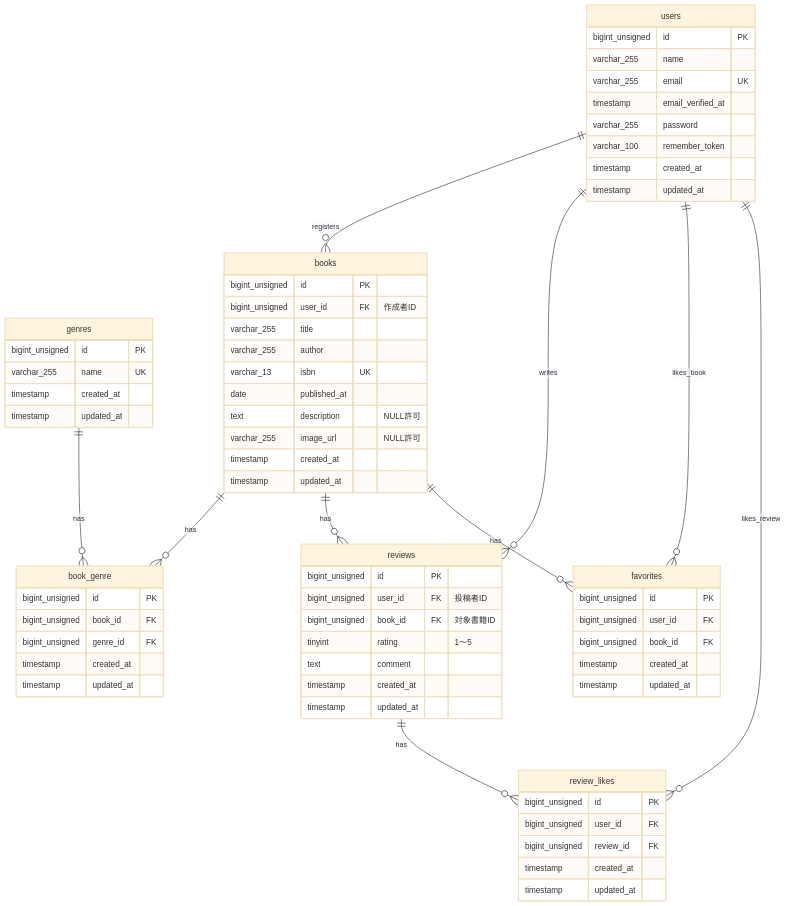
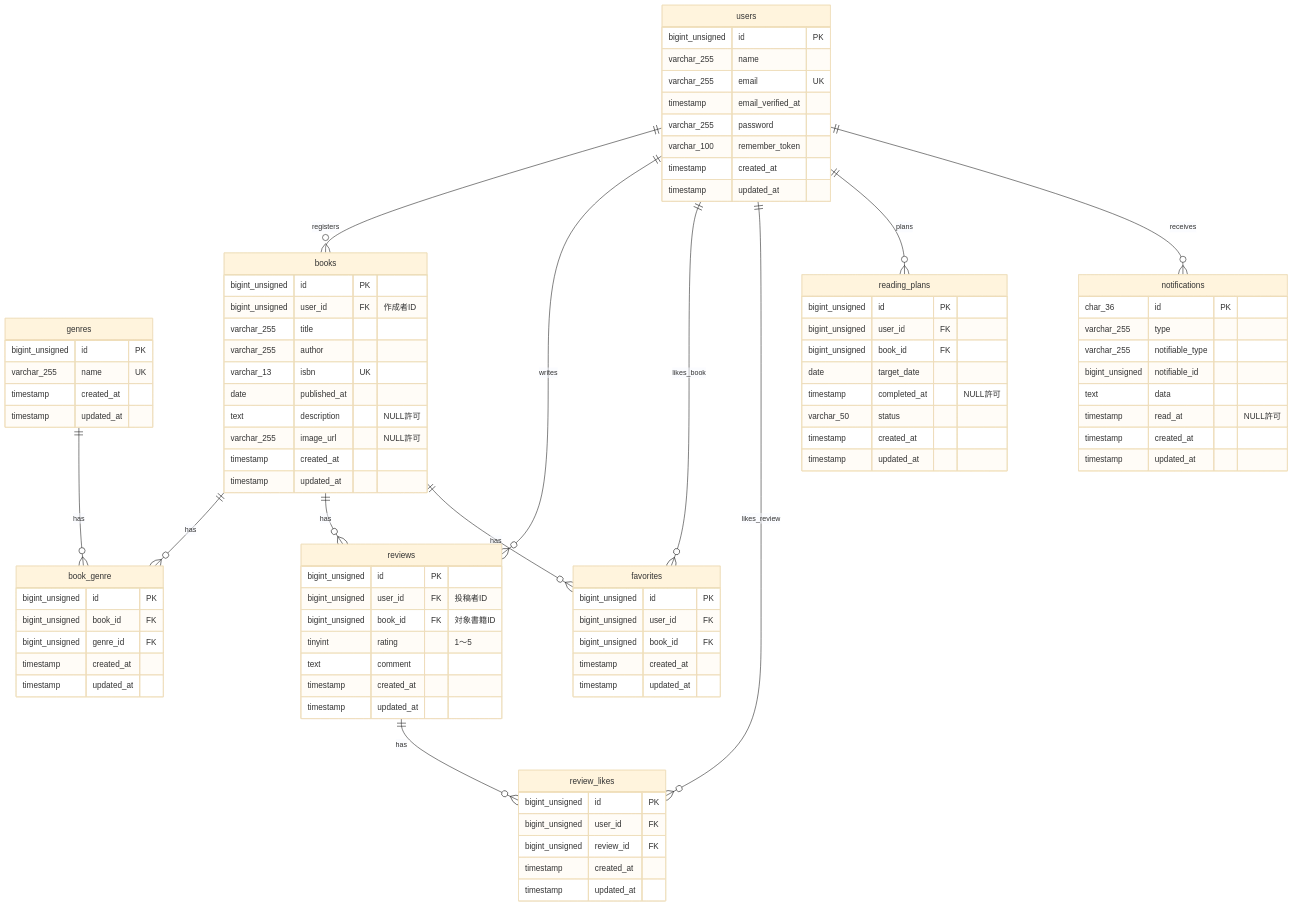
Before and after one commit to vaporous03-hub/bookshelf-app: the first of 2 diagrams in README.md, drawn with Mermaid (base theme). The commit also changed other lines of this file and 10 other files, not shown here.

```diff
--- a/README.md
+++ b/README.md
@@ -84,11 +84,34 @@
         timestamp created_at
         timestamp updated_at
     }
+    reading_plans {
+        bigint_unsigned id PK
+        bigint_unsigned user_id FK
+        bigint_unsigned book_id FK
+        date target_date
+        timestamp completed_at "NULL許可"
+        varchar_50 status
+        timestamp created_at
+        timestamp updated_at
+    }
+
+    notifications {
+        char_36 id PK
+        varchar_255 type
+        varchar_255 notifiable_type
+        bigint_unsigned notifiable_id
+        text data
+        timestamp read_at "NULL許可"
+        timestamp created_at
+        timestamp updated_at
+    }
 
     users ||--o{ books : "registers"
     users ||--o{ reviews : "writes"
     users ||--o{ favorites : "likes_book"
     users ||--o{ review_likes : "likes_review"
+    users ||--o{ reading_plans : "plans"
+    users ||--o{ notifications : "receives"
     books ||--o{ book_genre : "has"
     genres ||--o{ book_genre : "has"
     books ||--o{ reviews : "has"
```
